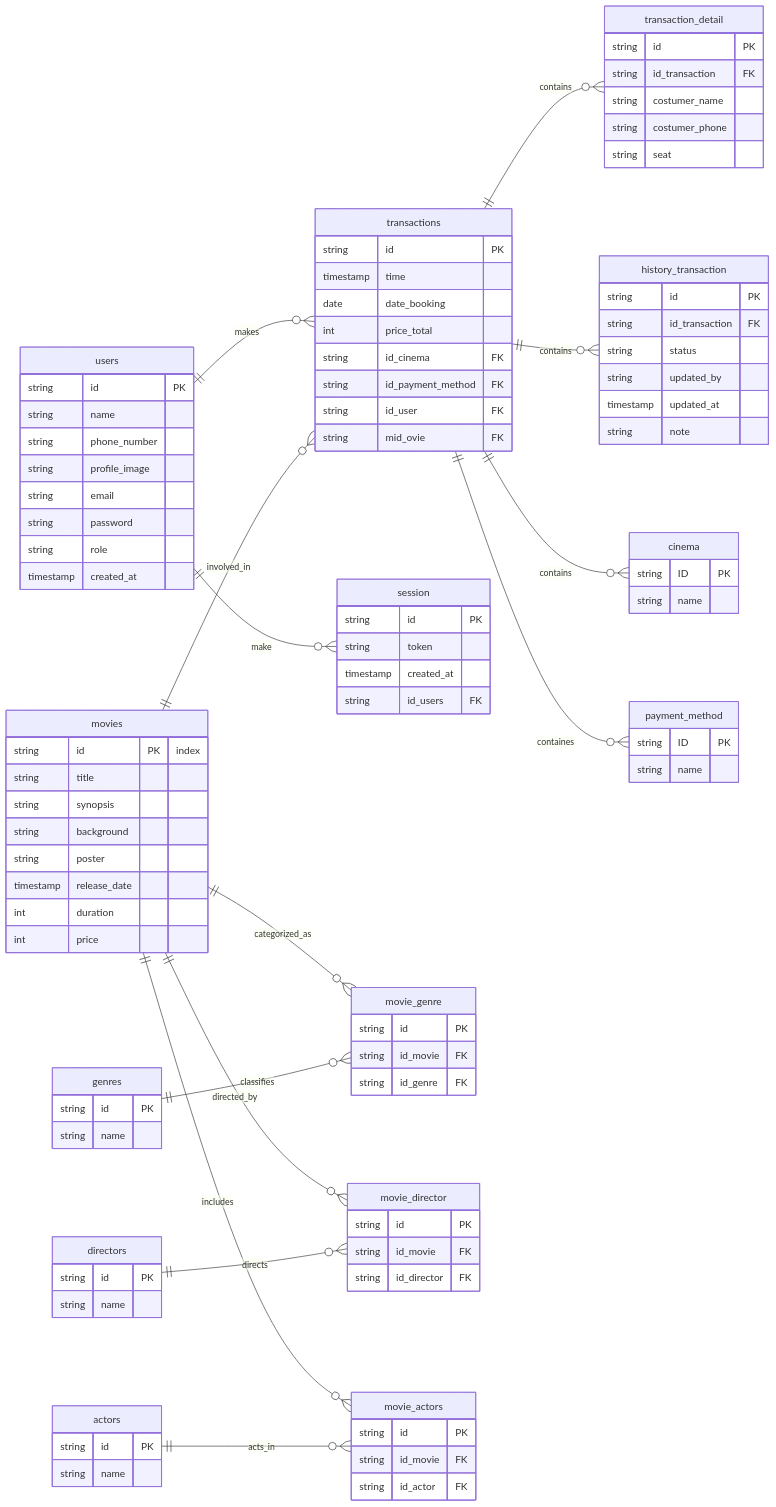
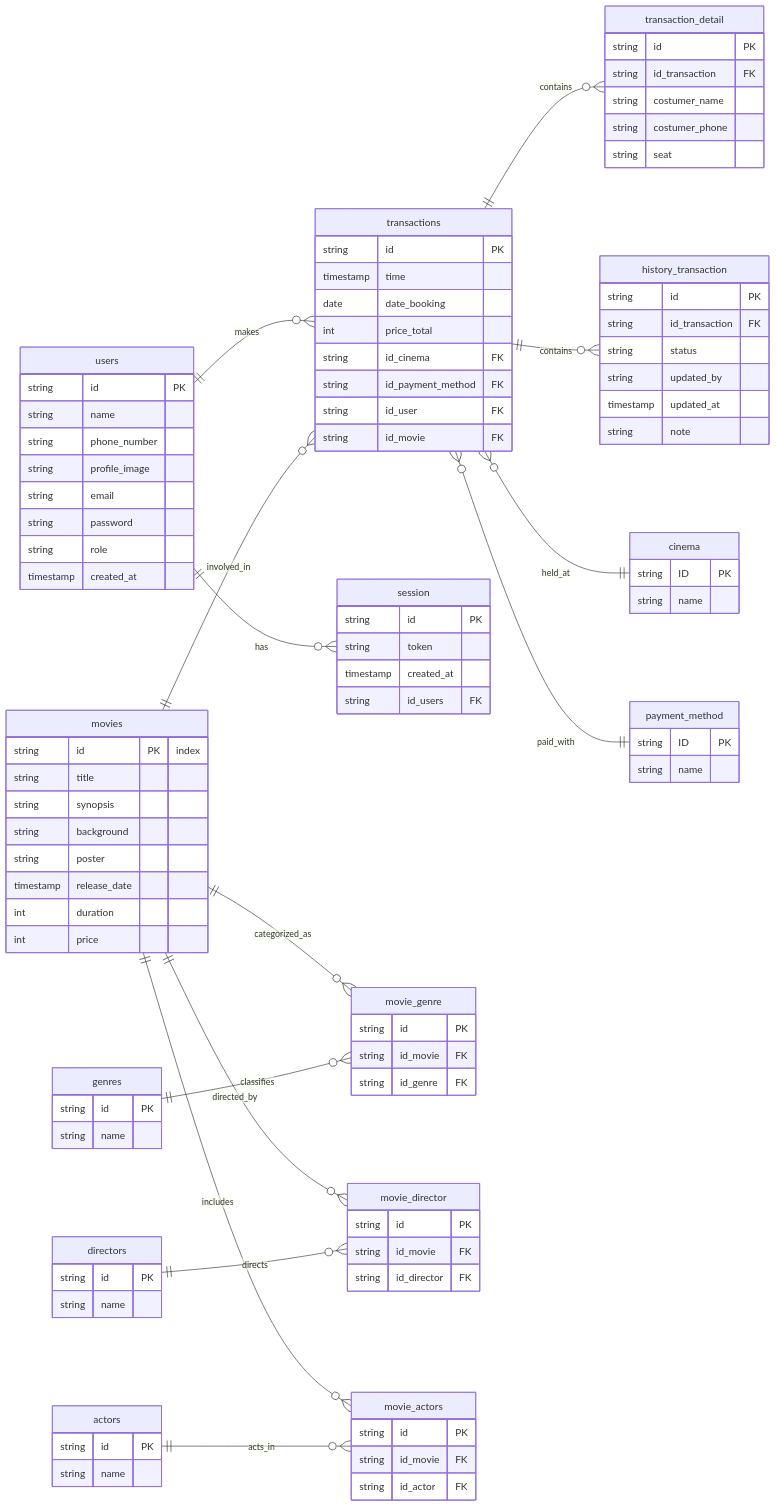
Before and after one commit to HN721/fgo24-db-weeklytask: the diagram in readme.md, drawn with Mermaid. The commit also changed other lines of this file, not shown here.

Commit message:
docs: update ERD diagram and add description to README

````diff
--- a/readme.md
+++ b/readme.md
@@ -3,20 +7,20 @@
 ```mermaid
 erDiagram
 direction LR
-    users ||--o{ transactions : makes
-    users ||--o{ session: make
+   users ||--o{ transactions : makes
+    users ||--o{ session : has
     transactions ||--o{ transaction_detail : contains
     transactions ||--o{ history_transaction : contains
-    transactions ||--o{ cinema : contains
-    transactions ||--o{ payment_method :containes
+    transactions }o--|| cinema : held_at
+    transactions }o--|| payment_method : paid_with
     movies ||--o{ transactions : involved_in
-
 
     movies ||--o{ movie_genre : categorized_as
     genres ||--o{ movie_genre : classifies
 
     movies ||--o{ movie_director : directed_by
     directors ||--o{ movie_director : directs
+
     movies ||--o{ movie_actors : includes
     actors ||--o{ movie_actors : acts_in
     users {
@@ -57,7 +61,7 @@
         string id_cinema FK
         string id_payment_method FK
         string id_user FK
-        string mid_ovie FK
+        string id_movie FK
     }
     transaction_detail{
         string id PK
````
